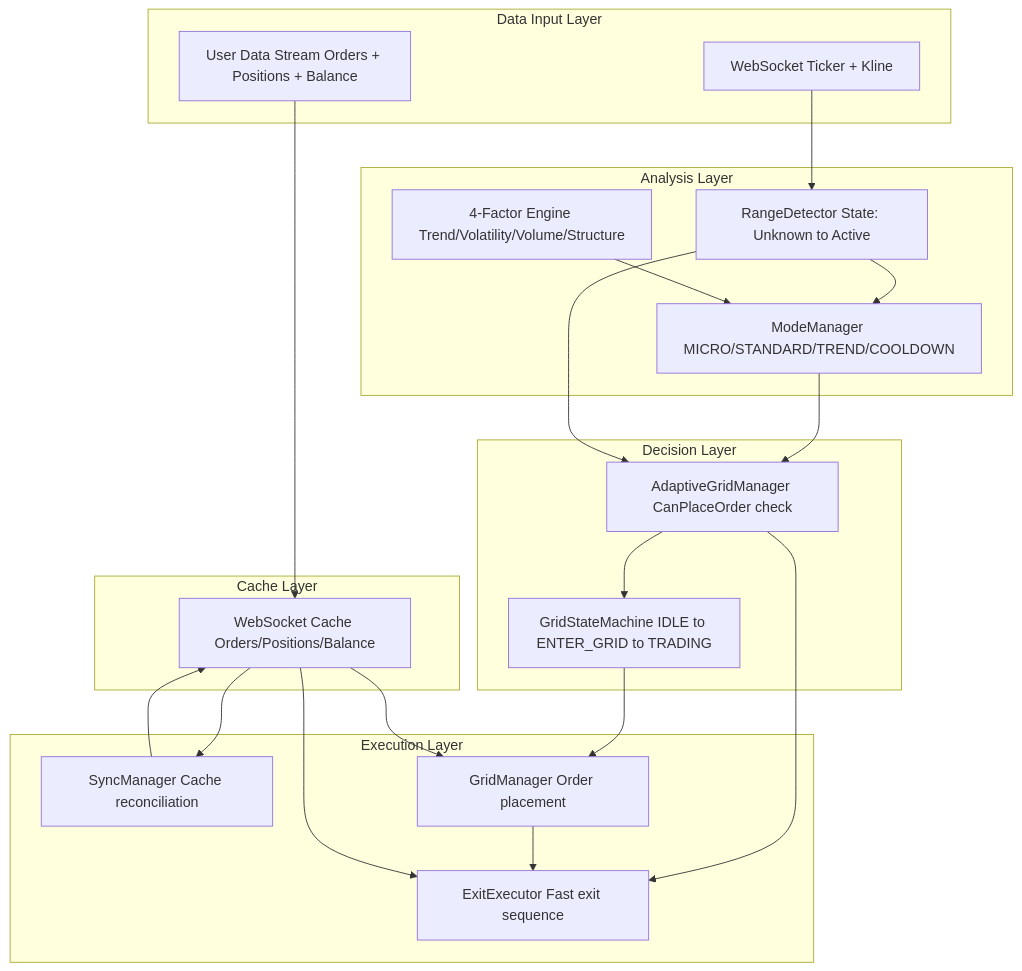
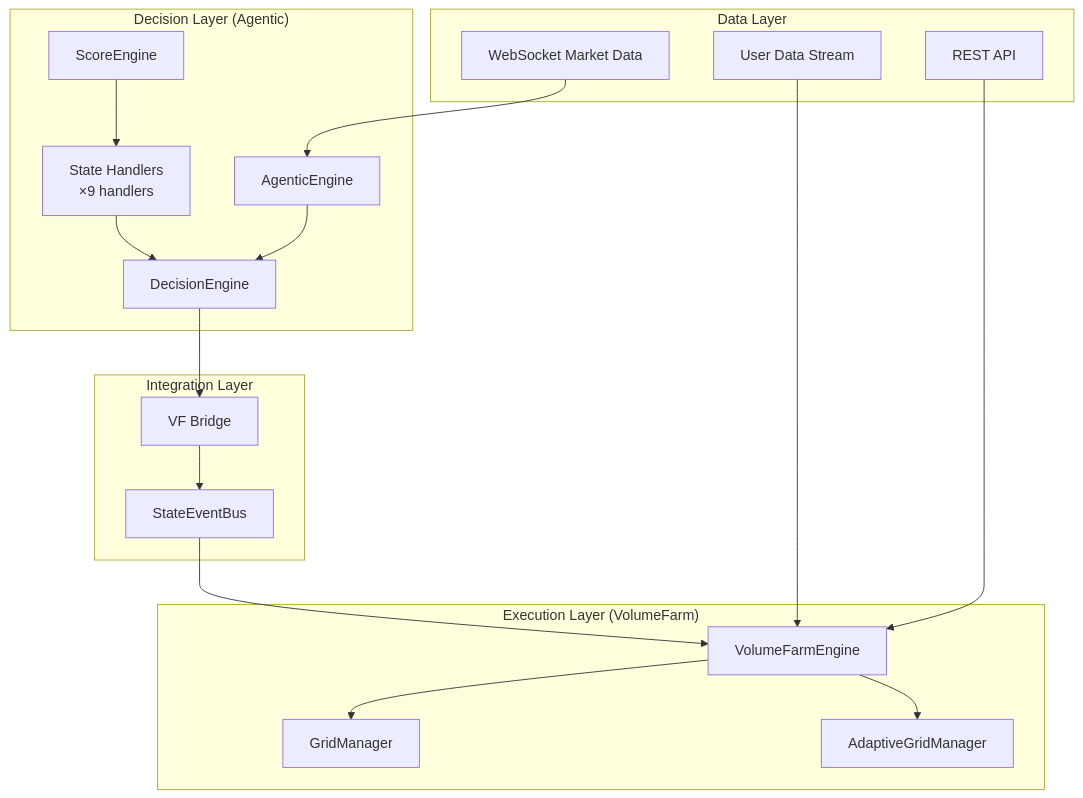
The first of 6 diagrams in AGENTIC_TRADING_NGHIEP_VU.md (baolongdinh/aster-perp-trading), drawn with Mermaid before and after one commit. The commit also changed other lines of this file and 46 other files, not shown here.

Commit message:
complemted new agentic state core flow

````diff
--- a/AGENTIC_TRADING_NGHIEP_VU.md
+++ b/AGENTIC_TRADING_NGHIEP_VU.md
@@ -10,49 +10,41 @@
 ```mermaid
 graph TB
-    subgraph Input["Data Input Layer"]
-        WS["WebSocket Ticker + Kline"]
-        UDS["User Data Stream Orders + Positions + Balance"]
+    subgraph Decision["Decision Layer (Agentic)"]
+        AE[AgenticEngine]
+        DE[DecisionEngine]
+        SE[ScoreEngine]
+        SH[State Handlers<br/>×9 handlers]
     end
 
-    subgraph Analysis["Analysis Layer"]
-        RD["RangeDetector State: Unknown to Active"]
-        MM["ModeManager MICRO/STANDARD/TREND/COOLDOWN"]
-        FE["4-Factor Engine Trend/Volatility/Volume/Structure"]
+    subgraph Bridge["Integration Layer"]
+        VB[VF Bridge]
+        EB[StateEventBus]
     end
 
-    subgraph Decision["Decision Layer"]
-        GM["GridStateMachine IDLE to ENTER_GRID to TRADING"]
-        AGM["AdaptiveGridManager CanPlaceOrder check"]
+    subgraph Execution["Execution Layer (VolumeFarm)"]
+        VF[VolumeFarmEngine]
+        GM[GridManager]
+        AGM[AdaptiveGridManager]
     end
 
-    subgraph Execution["Execution Layer"]
-        EE["ExitExecutor Fast exit sequence"]
-        SM["SyncManager Cache reconciliation"]
-        G["GridManager Order placement"]
+    subgraph Data["Data Layer"]
+        WS[WebSocket Market Data]
+        UDS[User Data Stream]
+        API[REST API]
     end
 
-    subgraph Cache["Cache Layer"]
-        WC["WebSocket Cache Orders/Positions/Balance"]
-    end
-
-    WS --> RD
-    UDS --> WC
-
-    RD --> MM
-    FE --> MM
-
-    MM --> AGM
-    RD --> AGM
-
-    AGM --> GM
-    GM --> G
-
-    AGM --> EE
-    G --> EE
-
-    WC --> SM
-    SM --> WC
-
-    WC --> G
-    WC --> EE
+    AE --> DE
+    DE --> VB
+    SH --> DE
+    SE --> SH
+    
+    VB --> EB
+    EB --> VF
+    
+    VF --> GM
+    VF --> AGM
+    
+    WS --> AE
+    UDS --> VF
+    API --> VF
 ```
````
